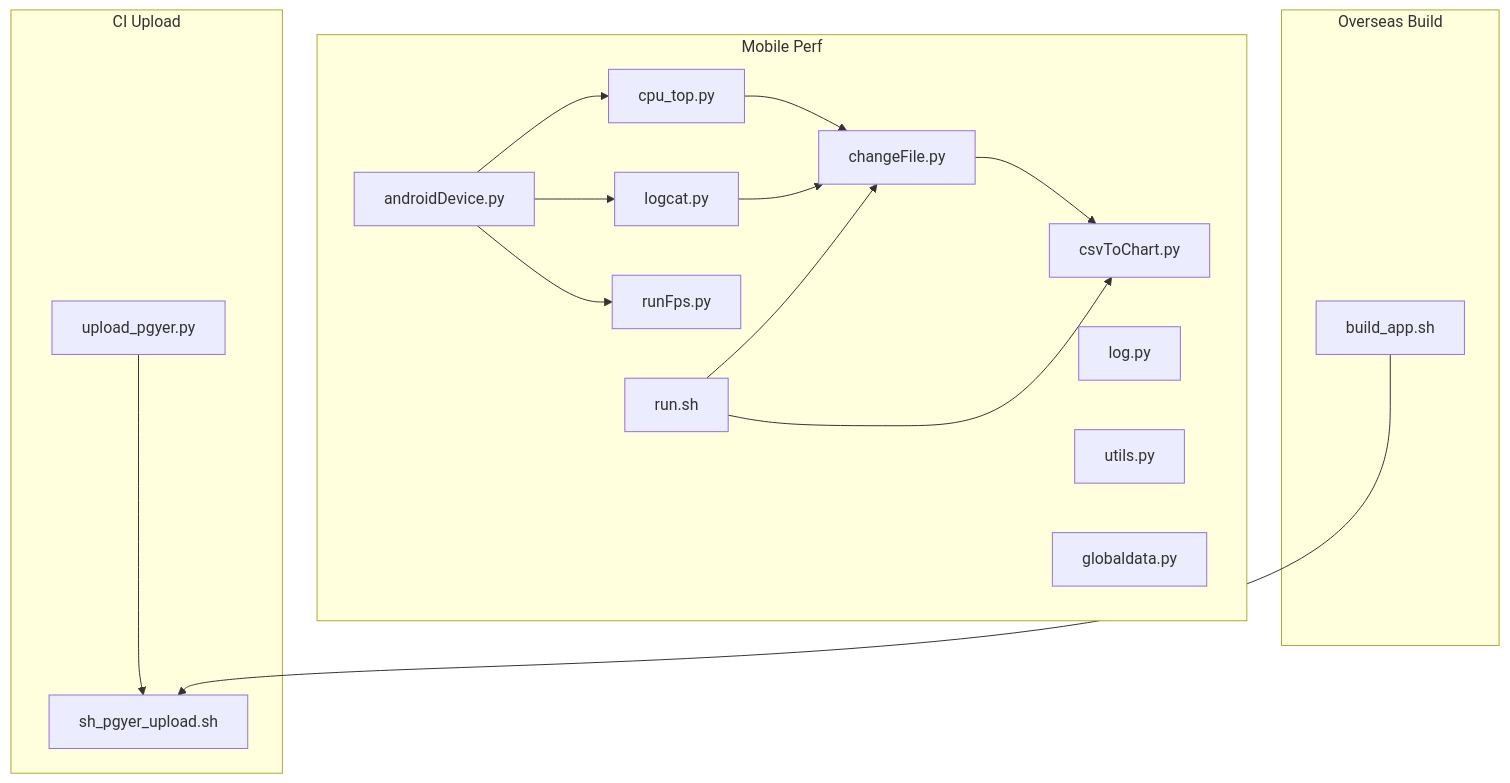
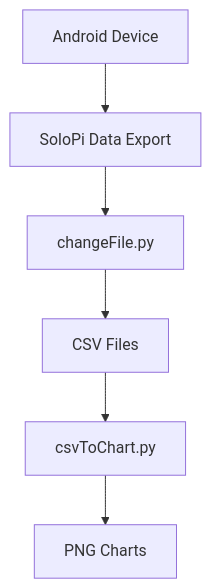
One commit to liximing1-ola/qa-perfCode changed the second of 3 diagrams in .qoder/repowiki/en/content/Troubleshooting and Maintenance.md. Above: the diagram before and after it, drawn with Mermaid. The commit also changed other lines of this file and 50 other files, not shown here.

````diff
--- a/.qoder/repowiki/en/content/Troubleshooting and Maintenance.md
+++ b/.qoder/repowiki/en/content/Troubleshooting and Maintenance.md
@@ -46,32 +102,14 @@
 ```mermaid
 graph TB
-subgraph "Mobile Perf"
-AD["androidDevice.py"]
-LOG["log.py"]
-UT["utils.py"]
-GD["globaldata.py"]
-CPU["cpu_top.py"]
-LCAT["logcat.py"]
-RUNSH["run.sh"]
-CHG["changeFile.py"]
+Dev["Android Device"]
+SoloPi["SoloPi Data Export"]
+CF["changeFile.py"]
+CSV["CSV Files"]
 C2C["csvToChart.py"]
-FPSS["runFps.py"]
-end
-subgraph "CI Upload"
-PYUP["upload_pgyer.py"]
-SHUP["sh_pgyer_upload.sh"]
-end
-subgraph "Overseas Build"
-BAPP["build_app.sh"]
-end
-AD --> CPU
-AD --> LCAT
-AD --> FPSS
-CPU --> CHG
-LCAT --> CHG
-CHG --> C2C
-RUNSH --> CHG
-RUNSH --> C2C
-PYUP --> SHUP
-BAPP --> SHUP
+Charts["PNG Charts"]
+CF --> CSV
+CSV --> C2C
+C2C --> Charts
+Dev --> SoloPi
+SoloPi --> CF
 ```
````
